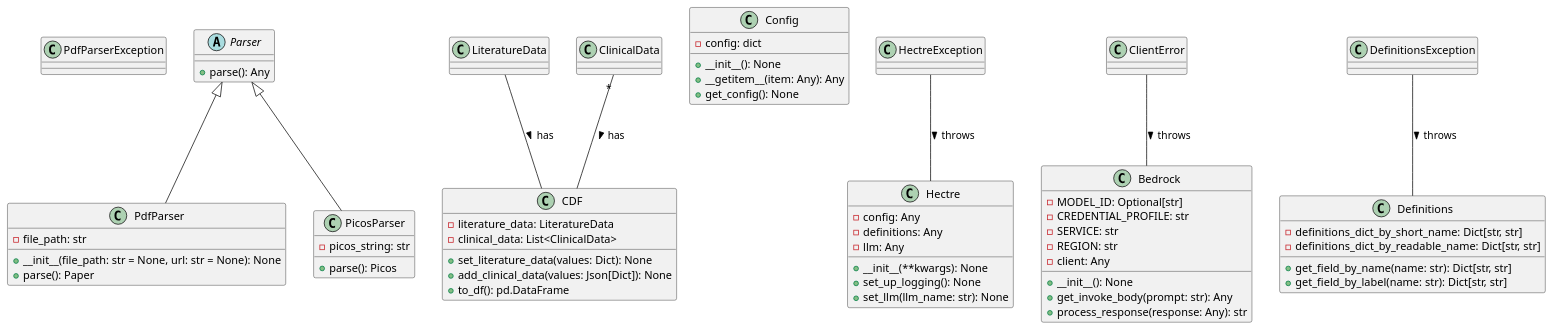
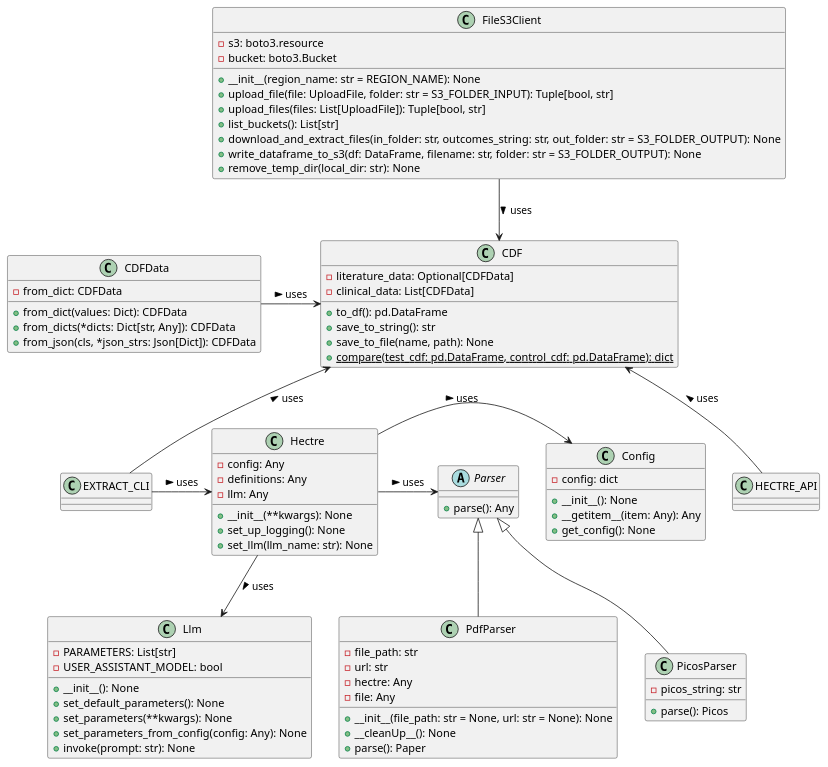
One commit to Harvard-Pfizer-HECTRE/HECTRE changed the diagram in hectre.pu. Above: the diagram before and after it, drawn with PlantUML. The commit also changed 1 other file, not shown here.

Commit message:
adding updated uml code

```diff
--- a/hectre.pu
+++ b/hectre.pu
@@ -1,82 +1,87 @@
-@startuml picos Parser
-class PdfParserException {
-}
+@startuml hectre_class_diagram
 
 abstract class Parser {
   +parse(): Any
 }
 
 class PdfParser extends Parser {
   -file_path: str
+  -url: str
+  -hectre: Any
+  -file: Any
   +__init__(file_path: str = None, url: str = None): None
+  +__cleanUp__(): None
   +parse(): Paper
 }
 
 class PicosParser extends Parser {
   -picos_string: str
   +parse(): Picos
 }
 
-class LiteratureData {
-}
 
-class ClinicalData {
+class CDFData {
+  -from_dict: CDFData
+  +from_dict(values: Dict): CDFData
+  +from_dicts(*dicts: Dict[str, Any]): CDFData
+  +from_json(cls, *json_strs: Json[Dict]): CDFData
 }
 
 class CDF {
-  -literature_data: LiteratureData
-  -clinical_data: List<ClinicalData>
-  +set_literature_data(values: Dict): None
-  +add_clinical_data(values: Json[Dict]): None
+  -literature_data: Optional[CDFData]
+  -clinical_data: List[CDFData]
   +to_df(): pd.DataFrame
+  +save_to_string(): str
+  +save_to_file(name, path): None
+  +{static} compare(test_cdf: pd.DataFrame, control_cdf: pd.DataFrame): dict
 }
 
-LiteratureData -- CDF: has >
-ClinicalData "*" -- CDF: has >
+class FileS3Client {
+  -s3: boto3.resource
+  -bucket: boto3.Bucket
+
+  +__init__(region_name: str = REGION_NAME): None
+  +upload_file(file: UploadFile, folder: str = S3_FOLDER_INPUT): Tuple[bool, str]
+  +upload_files(files: List[UploadFile]): Tuple[bool, str]
+  +list_buckets(): List[str]
+  +download_and_extract_files(in_folder: str, outcomes_string: str, out_folder: str = S3_FOLDER_OUTPUT): None
+  +write_dataframe_to_s3(df: DataFrame, filename: str, folder: str = S3_FOLDER_OUTPUT): None
+  +remove_temp_dir(local_dir: str): None
+}
 
 class Config {
   -config: dict
   +__init__(): None
   +__getitem__(item: Any): Any
   +get_config(): None
-}
-
-class HectreException {
 }
 
 class Hectre {
   -config: Any
   -definitions: Any
   -llm: Any
   +__init__(**kwargs): None
   +set_up_logging(): None
   +set_llm(llm_name: str): None
 }
-HectreException -- Hectre: throws >
 
-class ClientError {
+class Llm {
+  -PARAMETERS: List[str]
+  -USER_ASSISTANT_MODEL: bool
+
+  +__init__(): None
+  +set_default_parameters(): None
+  +set_parameters(**kwargs): None
+  +set_parameters_from_config(config: Any): None
+  +invoke(prompt: str): None
 }
 
-class Bedrock {
-  -MODEL_ID: Optional[str]
-  -CREDENTIAL_PROFILE: str
-  -SERVICE: str
-  -REGION: str
-  -client: Any
-  +__init__(): None
-  +get_invoke_body(prompt: str): Any
-  +process_response(response: Any): str
-}
-ClientError -- Bedrock: throws >
-
-class DefinitionsException {
-}
-
-class Definitions {
-  -definitions_dict_by_short_name: Dict[str, str]
-  -definitions_dict_by_readable_name: Dict[str, str]
-  +get_field_by_name(name: str): Dict[str, str]
-  +get_field_by_label(name: str): Dict[str, str]
-}
-DefinitionsException -- Definitions: throws >
+Hectre -> Config: uses >
+EXTRACT_CLI -> Hectre: uses >
+Hectre -> Parser : uses >
+CDFData -> CDF: uses >
+Hectre -down-> Llm: uses >
+FileS3Client -down-> CDF: uses >
+HECTRE_API -up-> CDF: uses >
+EXTRACT_CLI -up-> CDF: uses >
 @enduml
```
